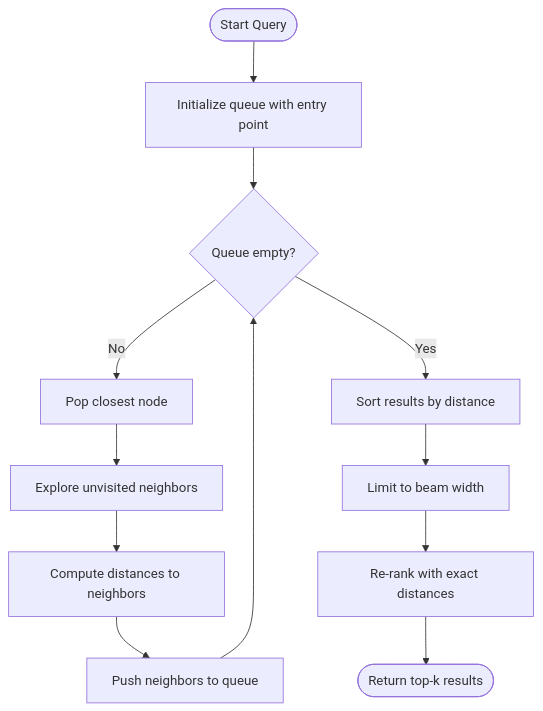
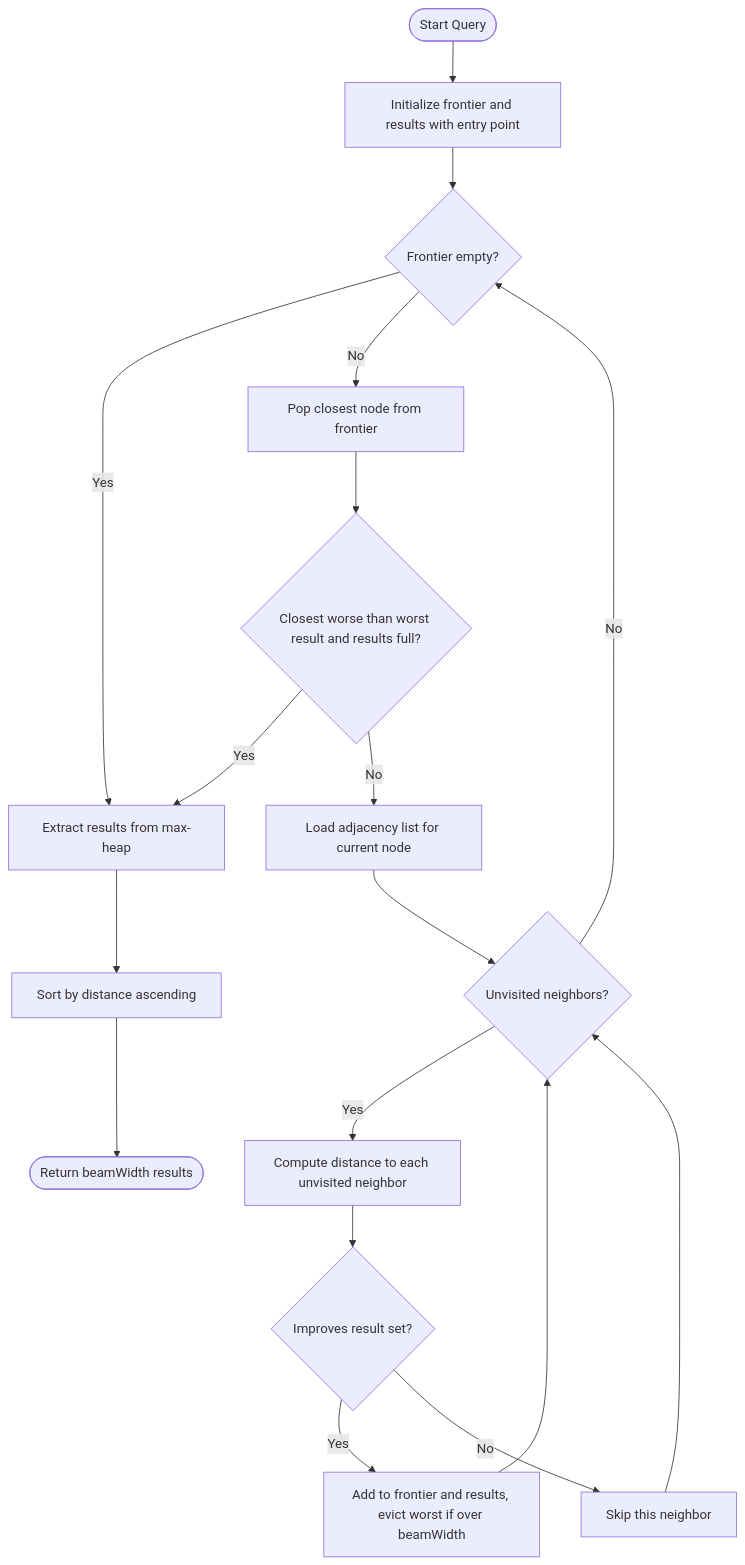
One commit to nexepic/zyx changed the fourth of 6 diagrams in docs/apps/docs/content/docs/en/zyx/algorithms/diskann.mdx. Above: the diagram before and after it, drawn with Mermaid. The commit also changed other lines of this file and 73 other files, not shown here.

````diff
--- a/docs/apps/docs/content/docs/en/zyx/algorithms/diskann.mdx
+++ b/docs/apps/docs/content/docs/en/zyx/algorithms/diskann.mdx
@@ -247,14 +188,20 @@
 ```mermaid
 flowchart TD
-    Start([Start Query]) --> Init[Initialize queue with entry point]
-    Init --> Loop{Queue empty?}
-    Loop -->|No| Pop[Pop closest node]
-    Pop --> Expand[Explore unvisited neighbors]
-    Expand --> Compute[Compute distances to neighbors]
-    Compute --> Push[Push neighbors to queue]
-    Push --> Loop
-    Loop -->|Yes| Sort[Sort results by distance]
-    Sort --> Limit[Limit to beam width]
-    Limit --> Rerank[Re-rank with exact distances]
-    Rerank --> Return([Return top-k results])
+    Start([Start Query]) --> Init[Initialize frontier and results with entry point]
+    Init --> Loop{Frontier empty?}
+    Loop -->|Yes| Extract
+    Loop -->|No| Pop[Pop closest node from frontier]
+    Pop --> Early{Closest worse than worst result and results full?}
+    Early -->|Yes| Extract
+    Early -->|No| Load[Load adjacency list for current node]
+    Load --> Neighbors{Unvisited neighbors?}
+    Neighbors -->|No| Loop
+    Neighbors -->|Yes| Dist[Compute distance to each unvisited neighbor]
+    Dist --> Improve{Improves result set?}
+    Improve -->|Yes| Add[Add to frontier and results, evict worst if over beamWidth]
+    Improve -->|No| Skip[Skip this neighbor]
+    Add --> Neighbors
+    Skip --> Neighbors
+    Extract[Extract results from max-heap] --> Sort[Sort by distance ascending]
+    Sort --> Return([Return beamWidth results])
 ```
````
